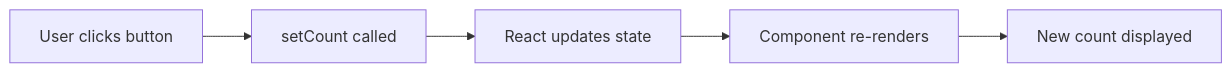
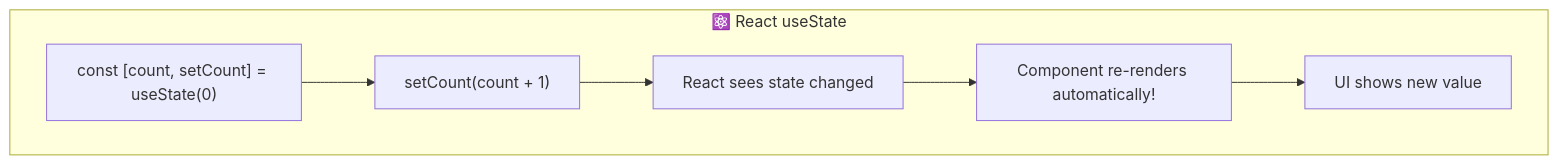
The seventh of 12 diagrams in frontend/README.md (theaiguy1987/aqi_app), drawn with Mermaid before and after one commit. The commit also changed other lines of this file and 4 other files, not shown here.

````diff
--- a/frontend/README.md
+++ b/frontend/README.md
@@ -211,7 +226,9 @@
 ```mermaid
-graph LR
-    A[User clicks button] --> B[setCount called]
-    B --> C[React updates state]
-    C --> D[Component re-renders]
-    D --> E[New count displayed]
+graph TB
+    subgraph "⚛️ React useState"
+        R1["const [count, setCount] = useState(0)"] --> R2["setCount(count + 1)"]
+        R2 --> R3["React sees state changed"]
+        R3 --> R4["Component re-renders automatically!"]
+        R4 --> R5["UI shows new value"]
+    end
 ```
````
